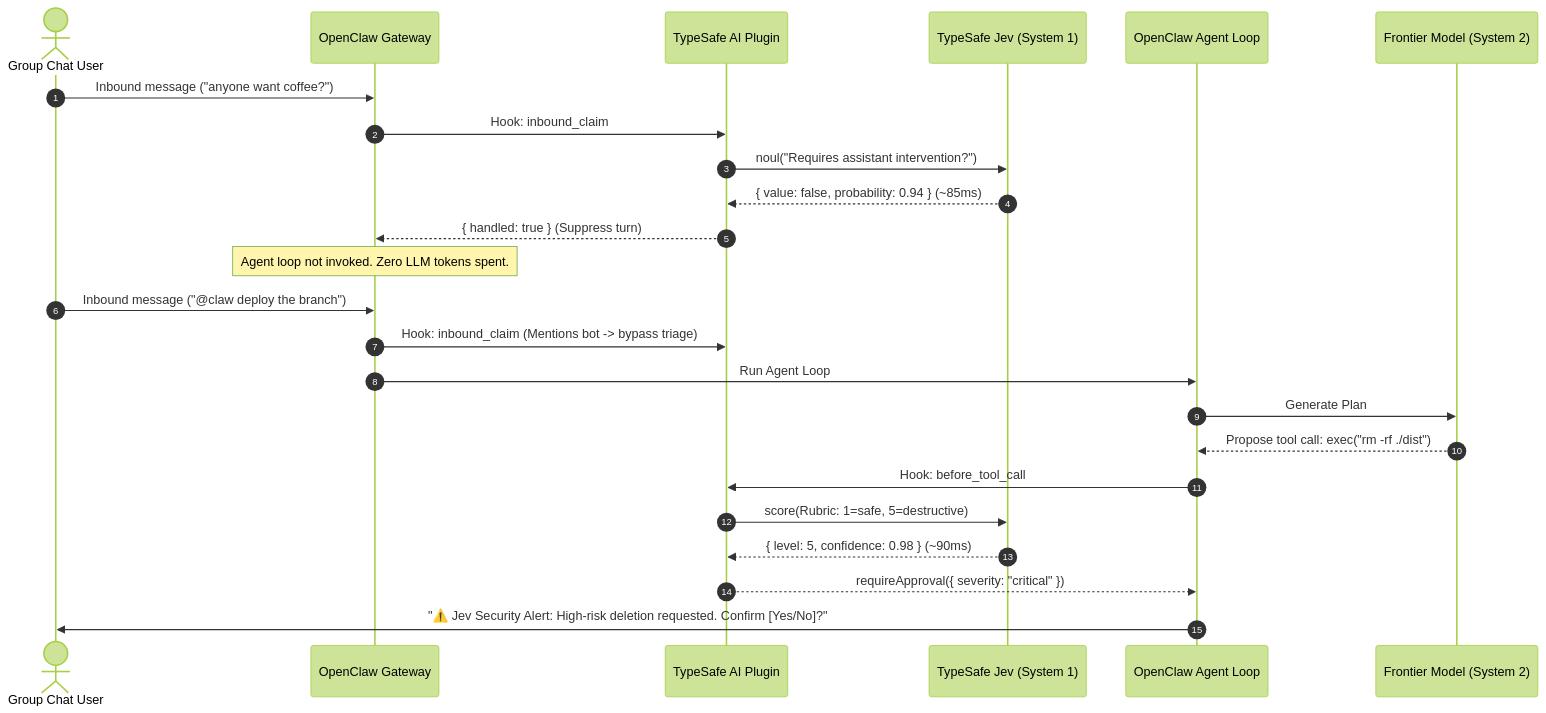
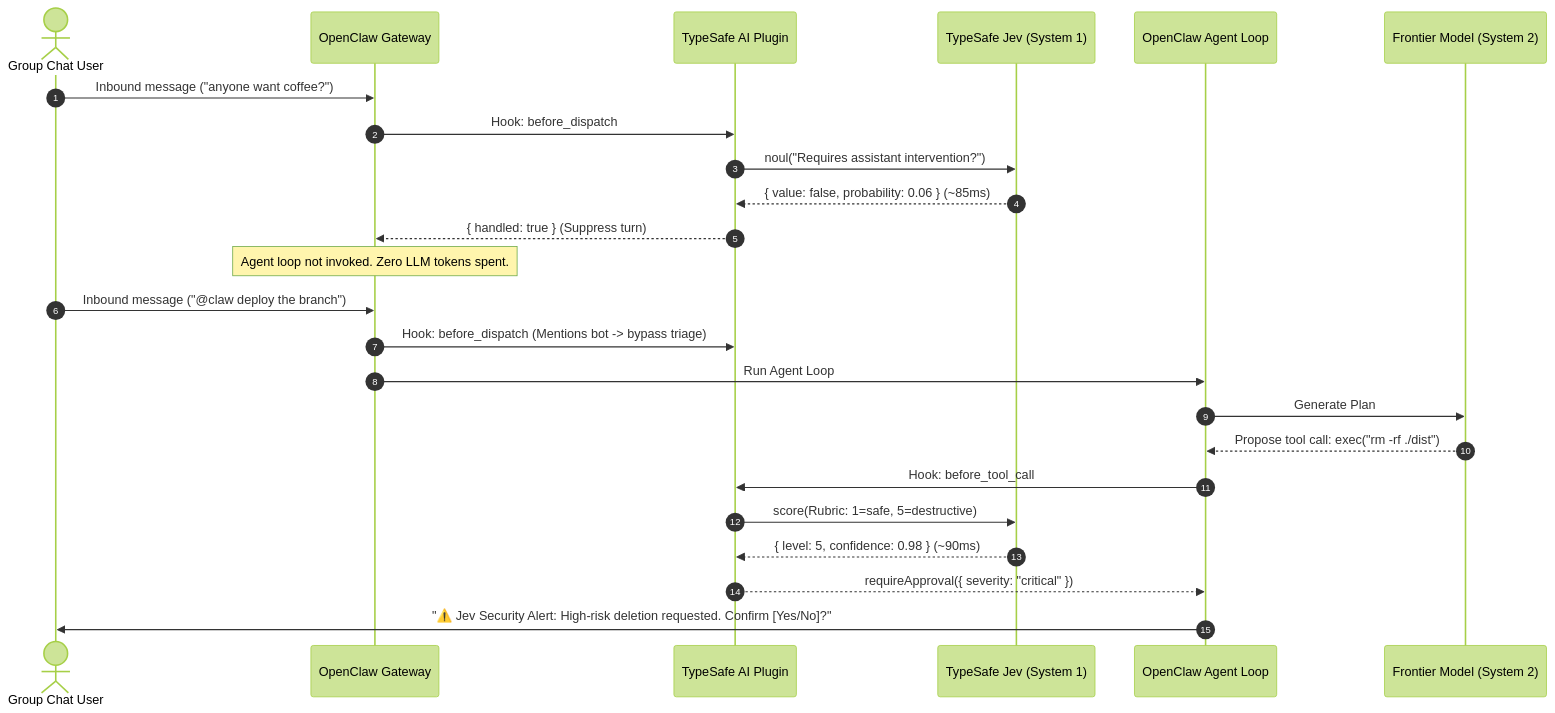
One commit to jason-allen-oneal/openclaw-plugin-typesafe-ai changed the diagram in README.md. Above: the diagram before and after it, drawn with Mermaid (forest theme). The commit also changed other lines of this file and 9 other files, not shown here.

Commit message:
fix(triage,compaction,tools): fix group triage chatter suppression, implement post-compaction fidelity audit, and expose manual Jev tools

````diff
--- a/README.md
+++ b/README.md
@@ -123,28 +136,28 @@
 ```mermaid
 sequenceDiagram
     autonumber
     actor User as Group Chat User
     participant Gateway as OpenClaw Gateway
     participant Plugin as TypeSafe AI Plugin
     participant Jev as TypeSafe Jev (System 1)
     participant Agent as OpenClaw Agent Loop
     participant LLM as Frontier Model (System 2)
 
     User->>Gateway: Inbound message ("anyone want coffee?")
-    Gateway->>Plugin: Hook: inbound_claim
+    Gateway->>Plugin: Hook: before_dispatch
     Plugin->>Jev: noul("Requires assistant intervention?")
-    Jev-->>Plugin: { value: false, probability: 0.94 } (~85ms)
+    Jev-->>Plugin: { value: false, probability: 0.06 } (~85ms)
     Plugin-->>Gateway: { handled: true } (Suppress turn)
     Note over Gateway: Agent loop not invoked. Zero LLM tokens spent.
 
     User->>Gateway: Inbound message ("@claw deploy the branch")
-    Gateway->>Plugin: Hook: inbound_claim (Mentions bot -> bypass triage)
+    Gateway->>Plugin: Hook: before_dispatch (Mentions bot -> bypass triage)
     Gateway->>Agent: Run Agent Loop
     Agent->>LLM: Generate Plan
     LLM-->>Agent: Propose tool call: exec("rm -rf ./dist")
     Agent->>Plugin: Hook: before_tool_call
     Plugin->>Jev: score(Rubric: 1=safe, 5=destructive)
     Jev-->>Plugin: { level: 5, confidence: 0.98 } (~90ms)
     Plugin-->>Agent: requireApproval({ severity: "critical" })
     Agent->>User: "⚠️ Jev Security Alert: High-risk deletion requested. Confirm [Yes/No]?"
 ```
````
